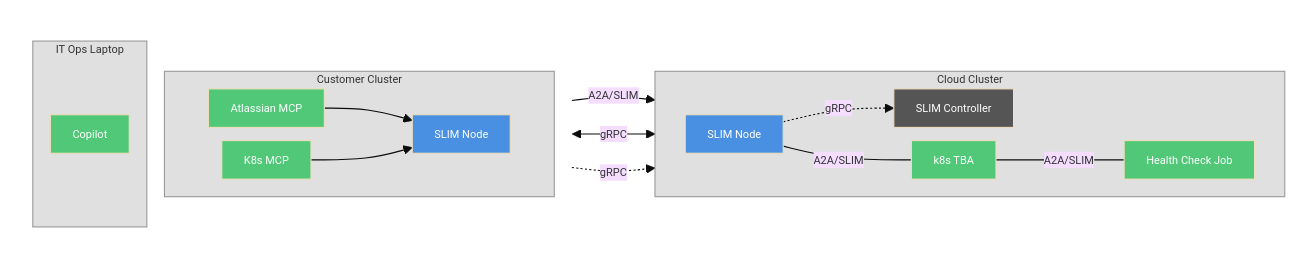
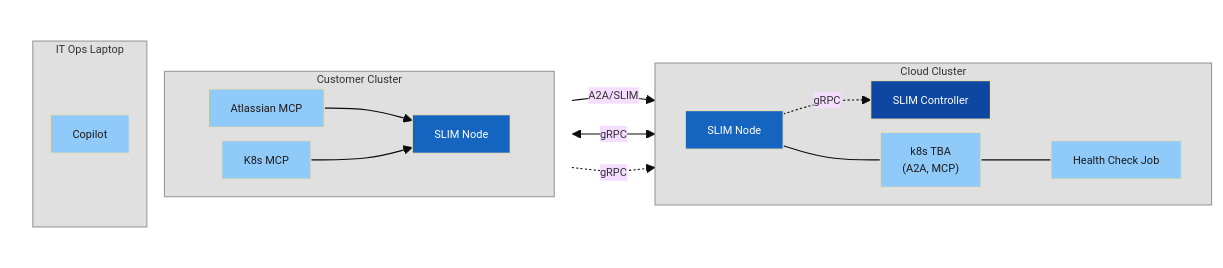
One commit to agntcy/blogs changed the sixth of 7 diagrams in presentations/slim-multicluster-demo/slim-multicluster-demo.md. Above: the diagram before and after it, drawn with Mermaid. The commit also changed other lines of this file, not shown here.

````diff
--- a/presentations/slim-multicluster-demo/slim-multicluster-demo.md
+++ b/presentations/slim-multicluster-demo/slim-multicluster-demo.md
@@ -292,43 +298,43 @@
 ```mermaid
 %%{init: {'theme': 'base', 'themeVariables': {'fontSize': '10px'}, 'flowchart': {'nodeSpacing': 12, 'rankSpacing': 30, 'padding': 10}}}%%
 graph LR
     subgraph Left[" "]
         direction TB
         subgraph Customer[Customer Cluster]
             direction LR
             AMCP[Atlassian MCP] --> CSN[SLIM Node]
             KMCP[K8s MCP] --> CSN
         end
         subgraph Laptop[IT Ops Laptop]
             Copilot[Copilot]
         end
     end
 
     subgraph Cloud[Cloud Cluster]
         direction LR
         SN[SLIM Node]
         SC[SLIM Controller]
         HCJ[Health Check Job]
-        K8S[k8s TBA]
+        K8S["k8s TBA\n(A2A, MCP)"]
         SN -. "gRPC" .-> SC
-        SN ---|A2A/SLIM| K8S
-        K8S ---|A2A/SLIM| HCJ
+        SN --- K8S
+        K8S --- HCJ
     end
 
     Copilot -- "A2A/SLIM" --> SN
     CSN <-- "gRPC" --> SN
     CSN -. "gRPC" .-> SC
 
     style Left fill:none,stroke:none
     style Customer fill:#e0e0e0,stroke:#999,color:#333
     style Cloud fill:#e0e0e0,stroke:#999,color:#333
     style Laptop fill:#e0e0e0,stroke:#999,color:#333
-    style SC fill:#555,color:#fff
-    style SN fill:#4A90E2,color:#fff
-    style CSN fill:#4A90E2,color:#fff
-    style AMCP fill:#50C878,color:#fff
-    style KMCP fill:#50C878,color:#fff
-    style K8S fill:#50C878,color:#fff
-    style HCJ fill:#50C878,color:#fff
-    style Copilot fill:#50C878,color:#fff
+    style SC fill:#0D47A1,color:#fff
+    style SN fill:#1565C0,color:#fff
+    style CSN fill:#1565C0,color:#fff
+    style AMCP fill:#90CAF9,color:#1a1a1a
+    style KMCP fill:#90CAF9,color:#1a1a1a
+    style K8S fill:#90CAF9,color:#1a1a1a
+    style HCJ fill:#90CAF9,color:#1a1a1a
+    style Copilot fill:#90CAF9,color:#1a1a1a
 ```
````
